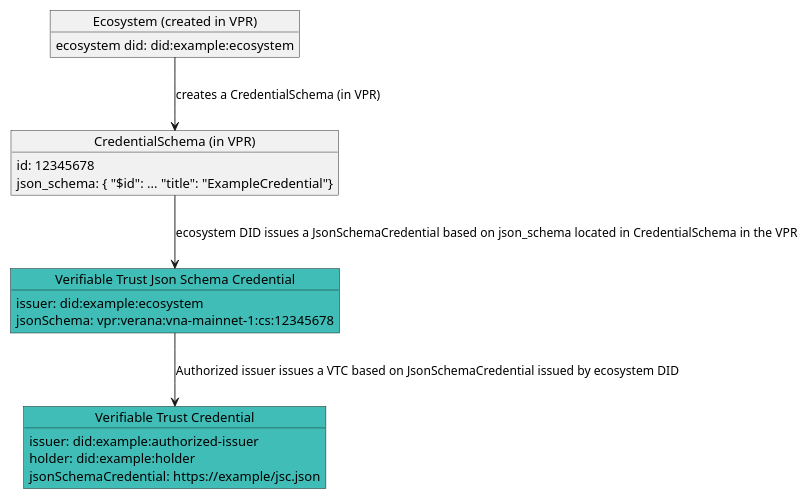
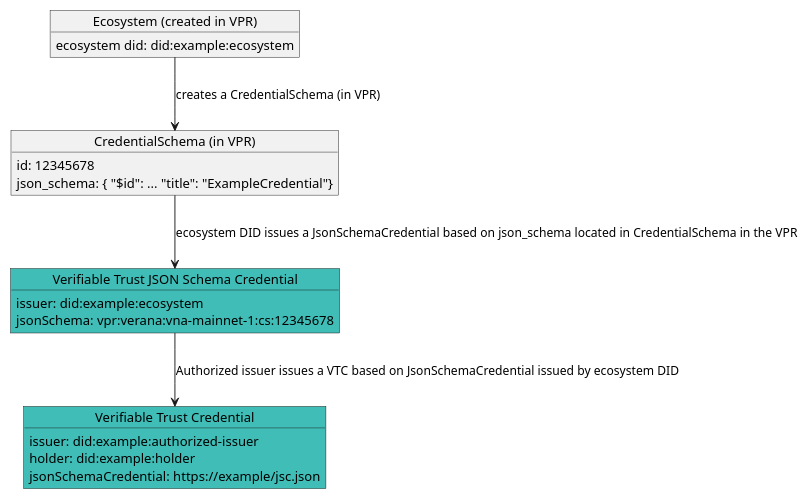
The fourth of 16 diagrams in spec.md (verana-labs/verifiable-trust-spec), drawn with PlantUML before and after one commit. The commit also changed other lines of this file, not shown here.

Commit message:
Spelling: JSON Schema, User Agent, proof of trust

````diff
--- a/spec.md
+++ b/spec.md
@@ -494,29 +494,29 @@
 ```plantuml
 
 @startuml
 scale max 800 width
 object "Ecosystem (created in VPR)" as es {
   ecosystem did: did:example:ecosystem
 }
 object "CredentialSchema (in VPR)" as cs {
   id: 12345678
   json_schema: { "$id": ... "title": "ExampleCredential"}
 }
-object "Verifiable Trust Json Schema Credential" as jsc #3fbdb6 {
+object "Verifiable Trust JSON Schema Credential" as jsc #3fbdb6 {
   issuer: did:example:ecosystem
   jsonSchema: vpr:verana:vna-mainnet-1:cs:12345678
 }
 
 object "Verifiable Trust Credential" as vscred #3fbdb6 {
   issuer: did:example:authorized-issuer
   holder: did:example:holder
   jsonSchemaCredential: https://example/jsc.json
 }
 
  jsc --> vscred: Authorized issuer issues a VTC based on JsonSchemaCredential issued by ecosystem DID
 cs --> jsc : ecosystem DID issues a JsonSchemaCredential based on json_schema located in CredentialSchema in the VPR
 es --> cs : creates a CredentialSchema (in VPR)
 
 @enduml
 
 ```
````
